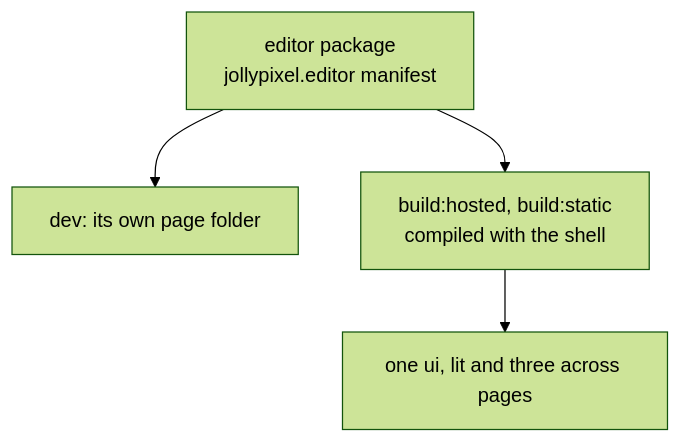
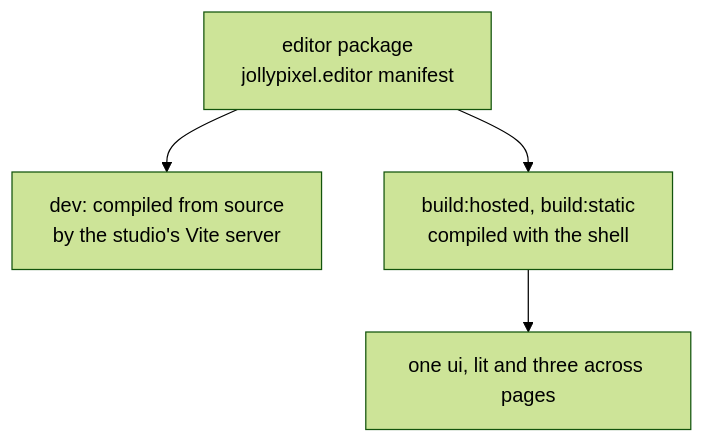
One commit to JollyPixel/editor changed the sixth of 6 diagrams in packages/studio/ARCHITECTURE.md. Above: the diagram before and after it, drawn with Mermaid (forest theme). The commit also changed other lines of this file and 28 other files, not shown here.

Commit message:
refactor(studio): rebuild scene page (#1153)

````diff
--- a/packages/studio/ARCHITECTURE.md
+++ b/packages/studio/ARCHITECTURE.md
@@ -80,6 +80,6 @@
 ```mermaid
 flowchart TB
-    Package["editor package<br/>jollypixel.editor manifest"] --> Dev["dev: its own page folder"]
+    Package["editor package<br/>jollypixel.editor manifest"] --> Dev["dev: compiled from source<br/>by the studio's Vite server"]
     Package --> Build["build:hosted, build:static<br/>compiled with the shell"]
     Build --> Chunks["one ui, lit and three across pages"]
 ```
````
